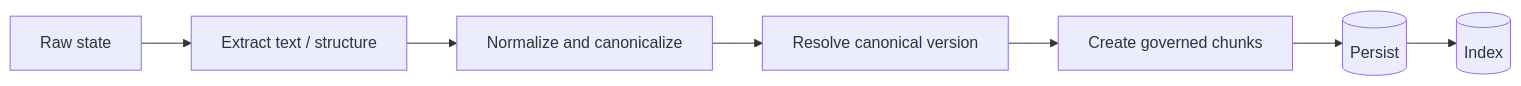
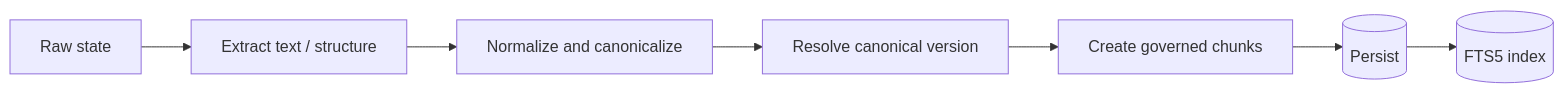
Before and after one commit to kumarchandansingh/tropos: the second of 5 diagrams in docs/architecture/RAG_ARCHITECTURE.md, drawn with Mermaid. The commit also changed other lines of this file and 10 other files, not shown here.

````diff
--- a/docs/architecture/RAG_ARCHITECTURE.md
+++ b/docs/architecture/RAG_ARCHITECTURE.md
@@ -43,10 +44,10 @@
 ```mermaid
 flowchart LR
     Raw[Raw state]
     --> Extract[Extract text / structure]
     --> Canon[Normalize and canonicalize]
     --> Version[Resolve canonical version]
     --> Chunk[Create governed chunks]
     --> Store[(Persist)]
-    --> Index[(Index)]
+    --> Index[(FTS5 index)]
 ```
````
